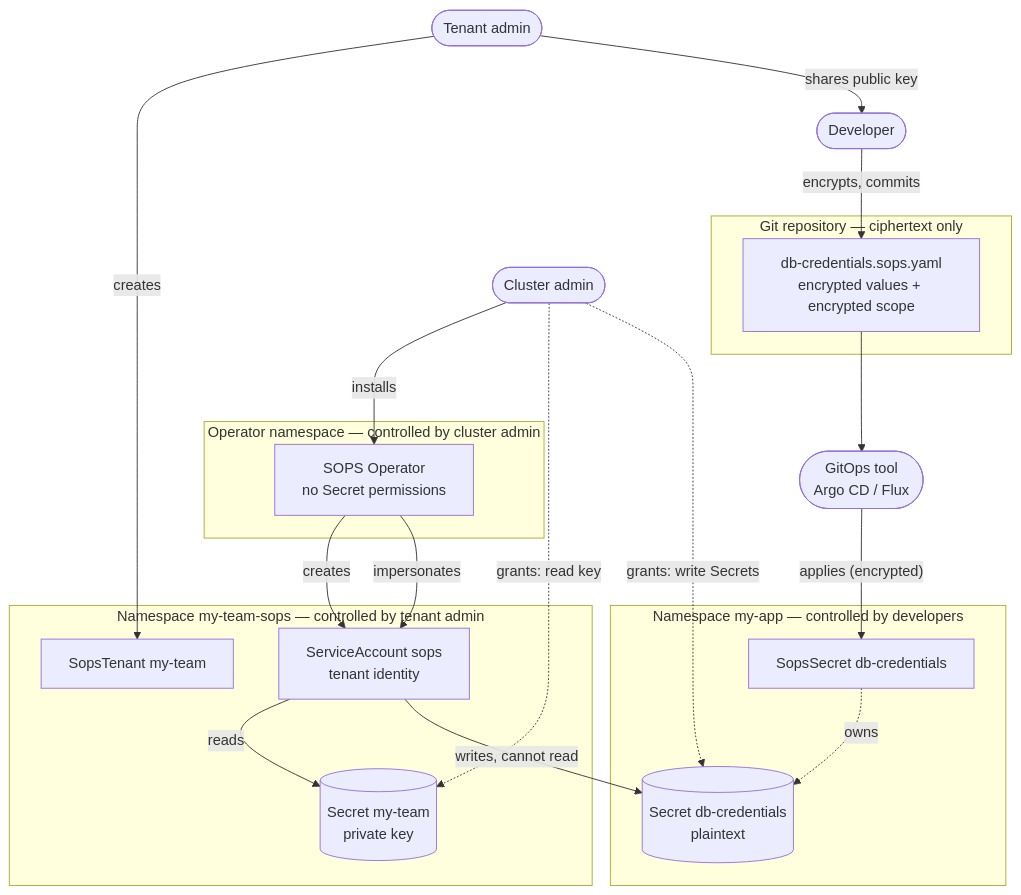
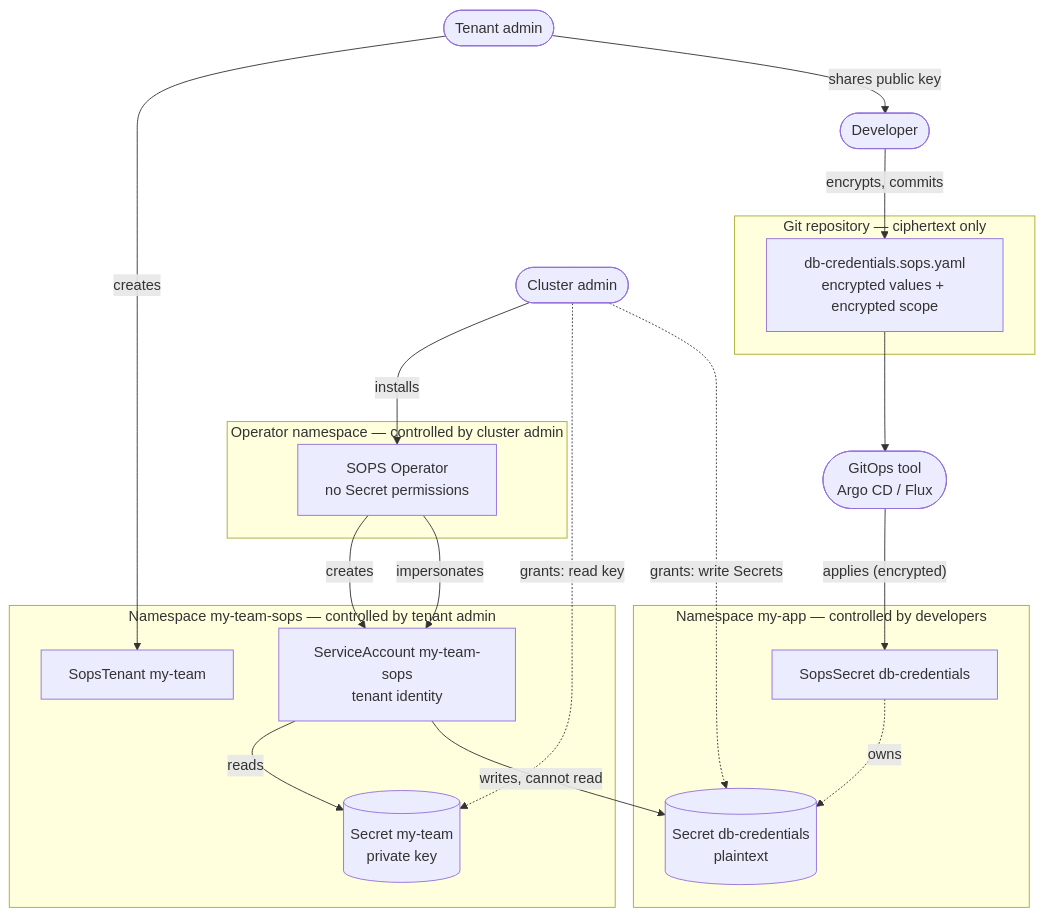
Before and after one commit to stakater/sops-operator: the diagram in README.md, drawn with Mermaid. The commit also changed other lines of this file and 24 other files, not shown here.

First line of the commit message:
feat: per-tenant ServiceAccount <tenant>-sops, granted per tenant namespace

````diff
--- a/README.md
+++ b/README.md
@@ -111,41 +111,41 @@
 ```mermaid
 flowchart TB
     CA(["Cluster admin"])
     TA(["Tenant admin"])
     DEV(["Developer"])
 
     subgraph GIT["Git repository — ciphertext only"]
         FILE["db-credentials.sops.yaml<br/>encrypted values + encrypted scope"]
     end
 
     GITOPS(["GitOps tool<br/>Argo CD / Flux"])
 
     subgraph OPNS["Operator namespace — controlled by cluster admin"]
         OP["SOPS Operator<br/>no Secret permissions"]
     end
 
     subgraph TNS["Namespace my-team-sops — controlled by tenant admin"]
         TEN["SopsTenant my-team"]
         KEY[("Secret my-team<br/>private key")]
-        SA["ServiceAccount sops<br/>tenant identity"]
+        SA["ServiceAccount my-team-sops<br/>tenant identity"]
     end
 
     subgraph APP["Namespace my-app — controlled by developers"]
         SS["SopsSecret db-credentials"]
         OUT[("Secret db-credentials<br/>plaintext")]
     end
 
     CA -->|installs| OP
     OP -->|creates| SA
     CA -.->|"grants: read key"| KEY
     CA -.->|"grants: write Secrets"| OUT
     TA -->|creates| TEN
     TA -->|"shares public key"| DEV
     DEV -->|"encrypts, commits"| FILE
     FILE --> GITOPS
     GITOPS -->|"applies (encrypted)"| SS
     OP -->|impersonates| SA
     SA -->|reads| KEY
     SA -->|"writes, cannot read"| OUT
     SS -.->|owns| OUT
 ```
````
